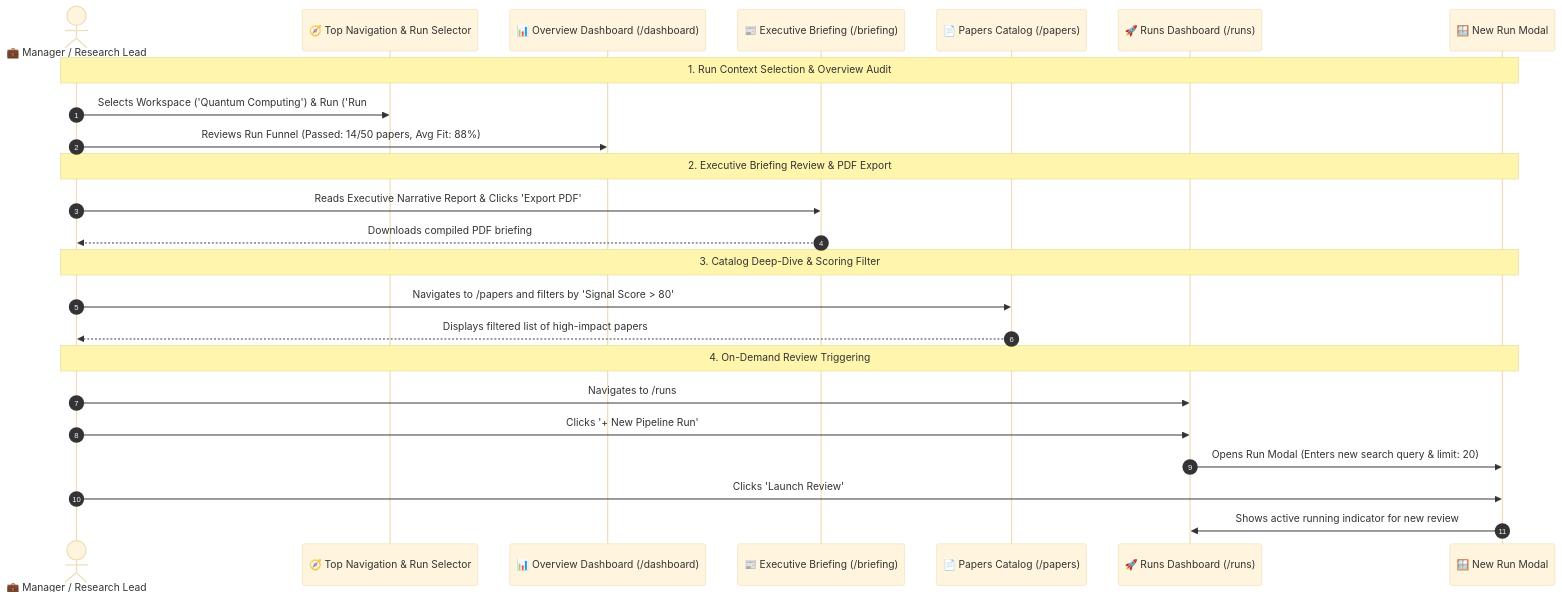
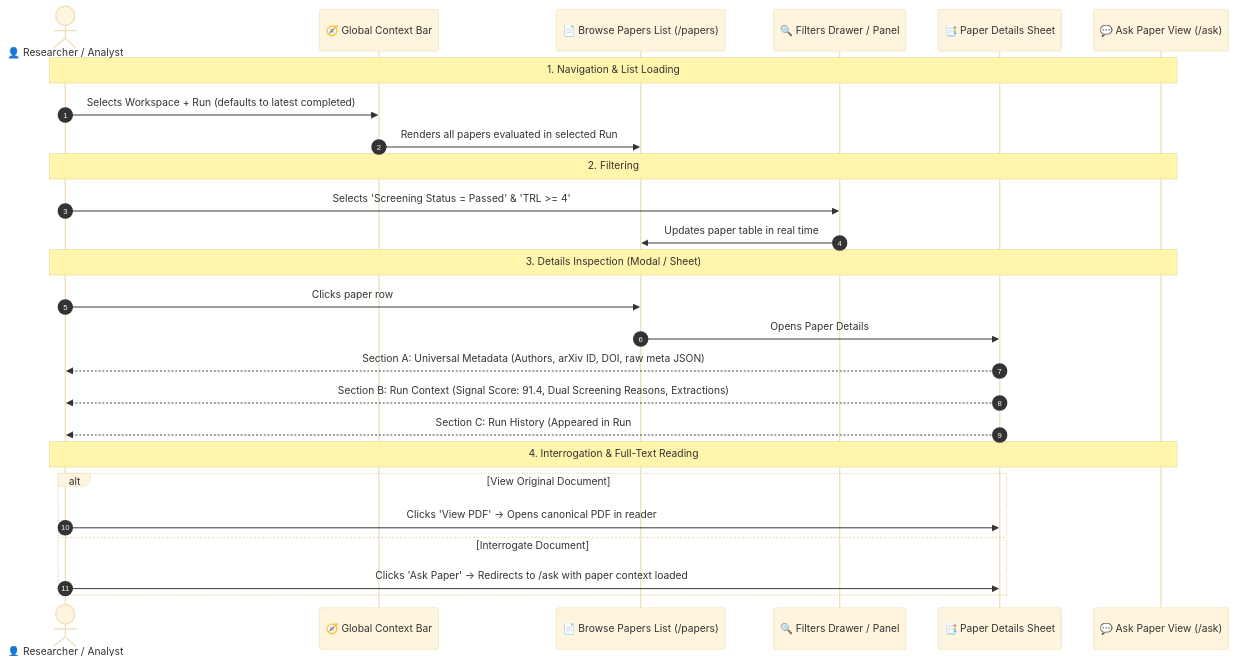
The second of 6 diagrams in docs/user_journeys/stage_2_user_journeys.md (p4ku/research-intelligence), drawn with Mermaid (base theme) before and after one commit. The commit also changed other lines of this file, not shown here.

Commit message:
docs: align stage 2 user journeys with 4-pillar hand-drawn architecture mockups

````diff
--- a/docs/user_journeys/stage_2_user_journeys.md
+++ b/docs/user_journeys/stage_2_user_journeys.md
@@ -135,30 +124,32 @@
 ```mermaid
 sequenceDiagram
     autonumber
-    actor Mgr as 💼 Manager / Research Lead
-    participant TopBar as 🧭 Top Navigation & Run Selector
-    participant Overview as 📊 Overview Dashboard (/dashboard)
-    participant Briefing as 📰 Executive Briefing (/briefing)
-    participant PapersUI as 📄 Papers Catalog (/papers)
-    participant RunsPage as 🚀 Runs Dashboard (/runs)
-    participant Modal as 🪟 New Run Modal
+    actor User as 👤 Researcher / Analyst
+    participant TopBar as 🧭 Global Context Bar
+    participant PapersList as 📄 Browse Papers List (/papers)
+    participant Filters as 🔍 Filters Drawer / Panel
+    participant DetailsView as 📑 Paper Details Sheet
+    participant AskUI as 💬 Ask Paper View (/ask)
 
-    Note over Mgr,Modal: 1. Run Context Selection & Overview Audit
-    Mgr->>TopBar: Selects Workspace ('Quantum Computing') & Run ('Run #12')
-    Mgr->>Overview: Reviews Run Funnel (Passed: 14/50 papers, Avg Fit: 88%)
+    Note over User,AskUI: 1. Navigation & List Loading
+    User->>TopBar: Selects Workspace + Run (defaults to latest completed)
+    TopBar->>PapersList: Renders all papers evaluated in selected Run
 
-    Note over Mgr,Modal: 2. Executive Briefing Review & PDF Export
-    Mgr->>Briefing: Reads Executive Narrative Report & Clicks 'Export PDF'
-    Briefing-->>Mgr: Downloads compiled PDF briefing
+    Note over User,AskUI: 2. Filtering
+    User->>Filters: Selects 'Screening Status = Passed' & 'TRL >= 4'
+    Filters->>PapersList: Updates paper table in real time
 
-    Note over Mgr,Modal: 3. Catalog Deep-Dive & Scoring Filter
-    Mgr->>PapersUI: Navigates to /papers and filters by 'Signal Score > 80'
-    PapersUI-->>Mgr: Displays filtered list of high-impact papers
+    Note over User,AskUI: 3. Details Inspection (Modal / Sheet)
+    User->>PapersList: Clicks paper row
+    PapersList->>DetailsView: Opens Paper Details
+    DetailsView-->>User: Section A: Universal Metadata (Authors, arXiv ID, DOI, raw meta JSON)
+    DetailsView-->>User: Section B: Run Context (Signal Score: 91.4, Dual Screening Reasons, Extractions)
+    DetailsView-->>User: Section C: Run History (Appeared in Run #12, Run #14)
 
-    Note over Mgr,Modal: 4. On-Demand Review Triggering
-    Mgr->>RunsPage: Navigates to /runs
-    Mgr->>RunsPage: Clicks '+ New Pipeline Run'
-    RunsPage->>Modal: Opens Run Modal (Enters new search query & limit: 20)
-    Mgr->>Modal: Clicks 'Launch Review'
-    Modal->>RunsPage: Shows active running indicator for new review
+    Note over User,AskUI: 4. Interrogation & Full-Text Reading
+    alt View Original Document
+        User->>DetailsView: Clicks 'View PDF' -> Opens canonical PDF in reader
+    else Interrogate Document
+        User->>DetailsView: Clicks 'Ask Paper' -> Redirects to /ask with paper context loaded
+    end
 ```
````
